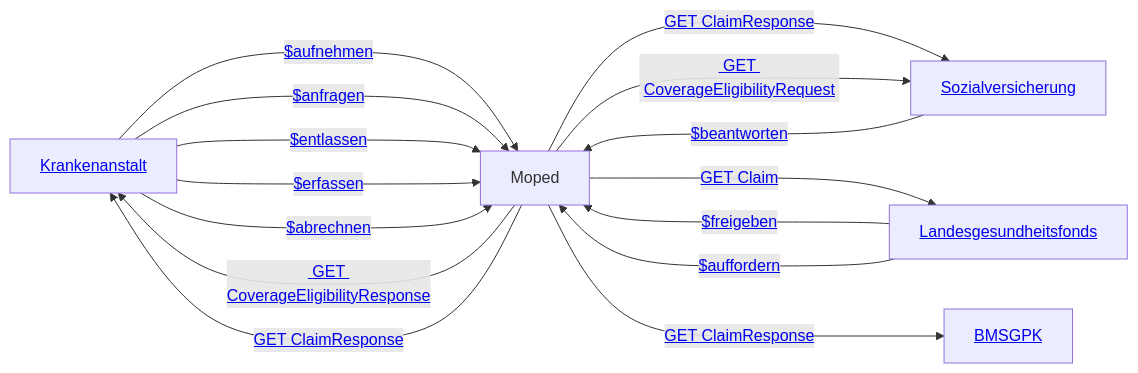
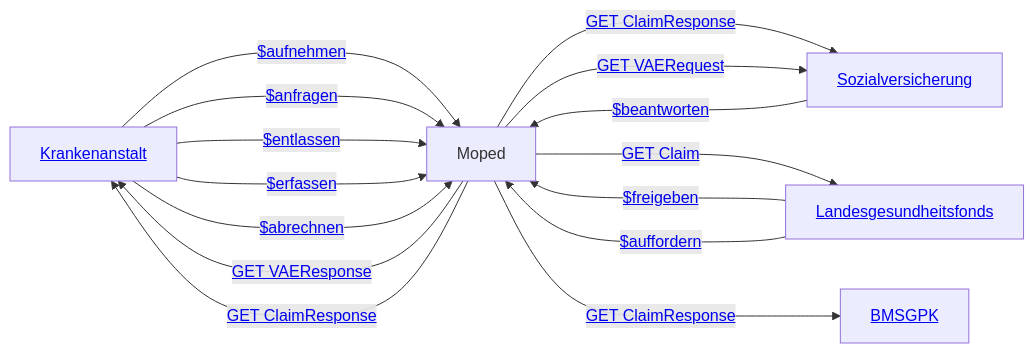
Before and after one commit to HL7Austria/ELGA-MOPED-R5: the first of 5 diagrams in input/pagecontent/actors.md, drawn with Mermaid. The commit also changed other lines of this file and 9 other files, not shown here.

```diff
--- a/input/pagecontent/actors.md
+++ b/input/pagecontent/actors.md
@@ -7,26 +7,26 @@
 <pre class="mermaid">
     graph LR
     KH[<a href="#actor-KH">Krankenanstalt</a>]
     SV[<a href="#actor-SV">Sozialversicherung</a>]
     BMSGPK[<a href="#actor-BMSGPK">BMSGPK</a>]
     LGF[<a href="#actor-LGF">Landesgesundheitsfonds</a>]
     Moped[Moped] 
 
     KH --->|<a href="OperationDefinition-MOPED.Patient.Aufnehmen.html"> $aufnehmen</a>| Moped 
-    KH -->|<a href="OperationDefinition-MOPED.CoverageEligibilityRequest.Anfragen.html"> $anfragen</a>| Moped
+    KH -->|<a href="OperationDefinition-MOPED.VAERequest.Anfragen.html"> $anfragen</a>| Moped
     KH -->|<a href="OperationDefinition-MOPED.Patient.Entlassen.html"> $entlassen</a>| Moped 
     KH -->|<a href="OperationDefinition-MOPED.Encounter.erfassen.html">$erfassen</a>| Moped
     KH -->|<a href="OperationDefinition-MOPED.Encounter.Abrechnen.html"> $abrechnen</a>| Moped
-    Moped -->|<a href="StructureDefinition-MopedCoverageEligibilityResponse.html"> GET CoverageEligibilityResponse</a>| KH
+    Moped -->|<a href="StructureDefinition-MopedVAEResponse.html"> GET VAEResponse</a>| KH
     Moped --->|<a href="StructureDefinition-MopedLKFResponse.html"> GET ClaimResponse</a>| KH
 
     Moped --->|<a href="StructureDefinition-MopedLKFResponse.html"> GET ClaimResponse</a>| SV
-    Moped --->|<a href="StructureDefinition-MopedCoverageEligibilityRequest.html"> GET CoverageEligibilityRequest</a>| SV
-    SV --->|<a href="OperationDefinition-MOPED.CoverageEligibilityResponse.Beantworten.html"> $beantworten</a>| Moped
+    Moped --->|<a href="StructureDefinition-MopedVAERequest.html"> GET VAERequest</a>| SV
+    SV --->|<a href="OperationDefinition-MOPED.VAEResponse.Beantworten.html"> $beantworten</a>| Moped
 
     Moped --->|<a href="StructureDefinition-MopedLKFRequest.html"> GET Claim</a>| LGF
     LGF --->|<a href="OperationDefinition-MOPED.ClaimResponse.Freigeben.html"> $freigeben</a>| Moped
     LGF --->|<a href="OperationDefinition-MOPED.ClaimResponse.Auffordern.html"> $auffordern</a>| Moped
 
     Moped --->|<a href="StructureDefinition-MopedLKFResponse.html"> GET ClaimResponse</a>| BMSGPK 
 </pre>  
```
